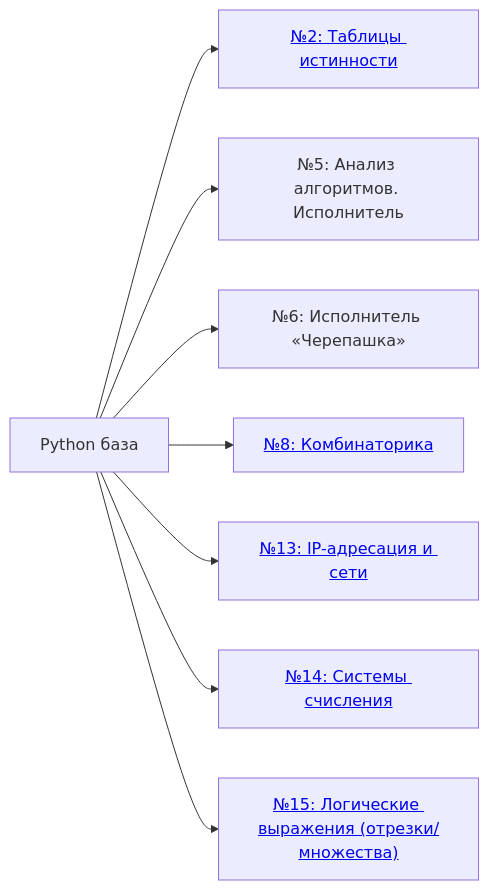
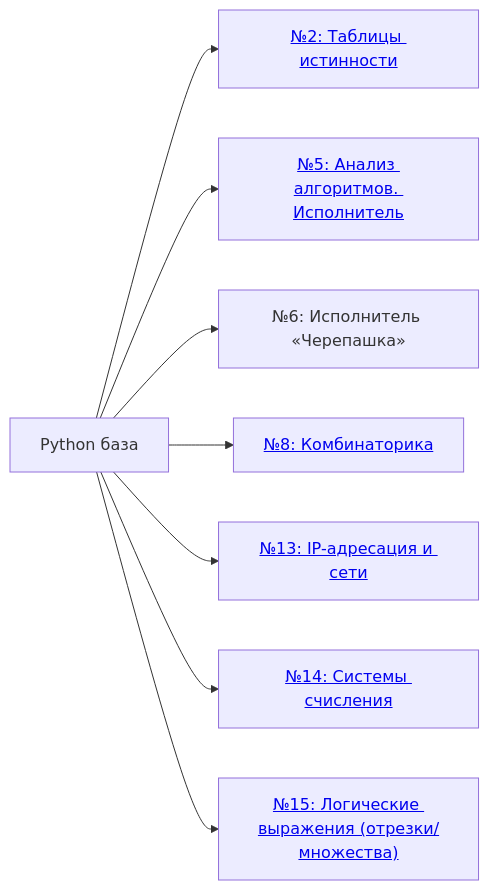
The second of 6 diagrams in README.md (mueqee/spbpu-inf-course), drawn with Mermaid before and after one commit. The commit also changed 1 other file, not shown here.

````diff
--- a/README.md
+++ b/README.md
@@ -90,17 +90,18 @@
 ```mermaid
 flowchart LR
   T2["Python база"]
   T2 --> T2a["<a href='https://github.com/mueqee/spbpu-inf-course/tree/2026/Задание_2_Таблицы_истинности'>№2: Таблицы истинности</a>"]
-  T2 --> T2b["№5: Анализ алгоритмов. Исполнитель"]
+  T2 --> T2b["<a href='https://github.com/mueqee/spbpu-inf-course/tree/2026/%D0%97%D0%B0%D0%B4%D0%B0%D0%BD%D0%B8%D0%B5_5_%D0%98%D1%81%D0%BF%D0%BE%D0%BB%D0%BD%D0%B8%D1%82%D0%B5%D0%BB%D1%8C'>№5: Анализ алгоритмов. Исполнитель</a>"]
   T2 --> T2c["№6: Исполнитель «Черепашка»"]
   T2 --> T2d["<a href='https://github.com/mueqee/spbpu-inf-course/tree/2026/Задание_8_Комбинаторика'>№8: Комбинаторика</a>"]
   T2 --> T2e["<a href='https://github.com/mueqee/spbpu-inf-course/tree/2026/Задание_13_IP_адресация'>№13: IP-адресация и сети</a>"]
   T2 --> T2f["<a href='https://github.com/mueqee/spbpu-inf-course/tree/2026/Задание_14_Системы_счисления'>№14: Системы счисления</a>"]
   T2 --> T2g["<a href='https://github.com/mueqee/spbpu-inf-course/tree/2026/Задание_15_Логические_выражения'>№15: Логические выражения (отрезки/множества)</a>"]
 
   click T2a "https://github.com/mueqee/spbpu-inf-course/tree/2026/Задание_2_Таблицы_истинности"
+  click T2b "https://github.com/mueqee/spbpu-inf-course/tree/2026/%D0%97%D0%B0%D0%B4%D0%B0%D0%BD%D0%B8%D0%B5_5_%D0%98%D1%81%D0%BF%D0%BE%D0%BB%D0%BD%D0%B8%D1%82%D0%B5%D0%BB%D1%8C"
   click T2d "https://github.com/mueqee/spbpu-inf-course/tree/2026/Задание_8_Комбинаторика"
   click T2e "https://github.com/mueqee/spbpu-inf-course/tree/2026/Задание_13_IP_адресация"
   click T2f "https://github.com/mueqee/spbpu-inf-course/tree/2026/Задание_14_Системы_счисления"
   click T2g "https://github.com/mueqee/spbpu-inf-course/tree/2026/Задание_15_Логические_выражения"
 ```
````
